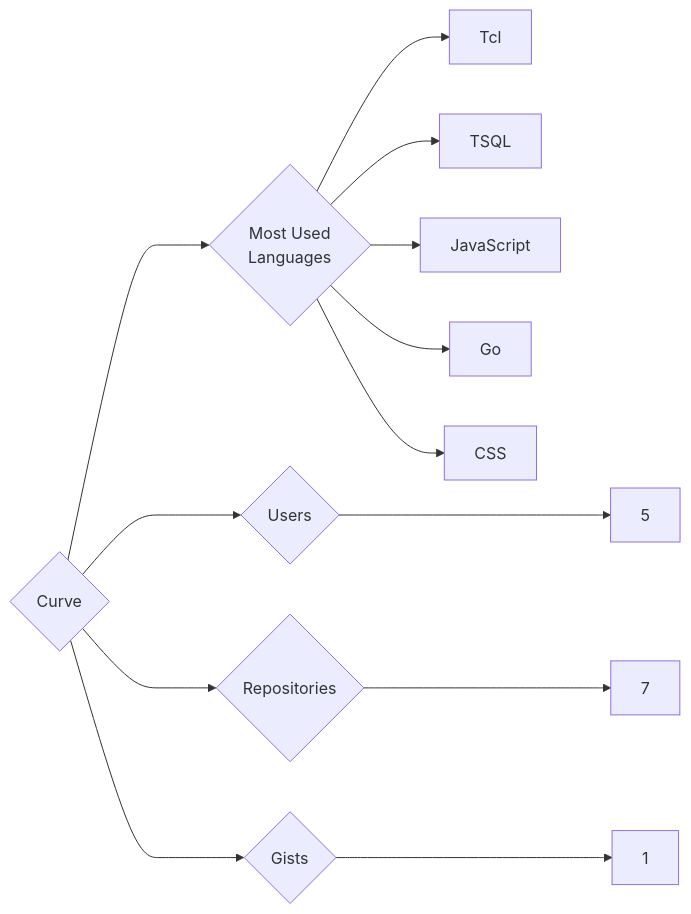
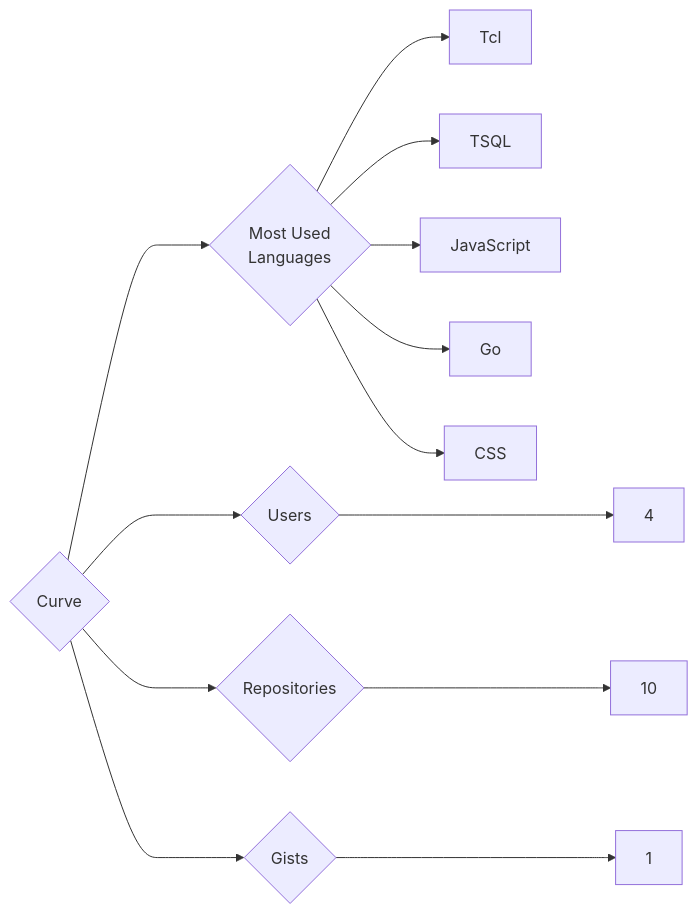
One commit to trickest/insiders changed the diagram in targets/Curve/README.md. Above: the diagram before and after it, drawn with Mermaid. The commit also changed 927 other files, not shown here.

````diff
--- a/targets/Curve/README.md
+++ b/targets/Curve/README.md
@@ -3,13 +3,13 @@
 ```mermaid
 graph LR
 COMPANY_NAME{Curve}
-COMPANY_NAME ---> U{Users} ---> UN[5]
-COMPANY_NAME ---> R{Repositories} ---> RN[7]
+COMPANY_NAME ---> U{Users} ---> UN[4]
+COMPANY_NAME ---> R{Repositories} ---> RN[10]
 COMPANY_NAME ---> G{Gists} ---> GN[1]
 COMPANY_NAME ---> ML{Most Used<br>Languages}
 ML --> Tcl[Tcl]
 ML --> TSQL[TSQL]
 ML --> JavaScript[JavaScript]
 ML --> Go[Go]
 ML --> CSS[CSS]
 ```
````
